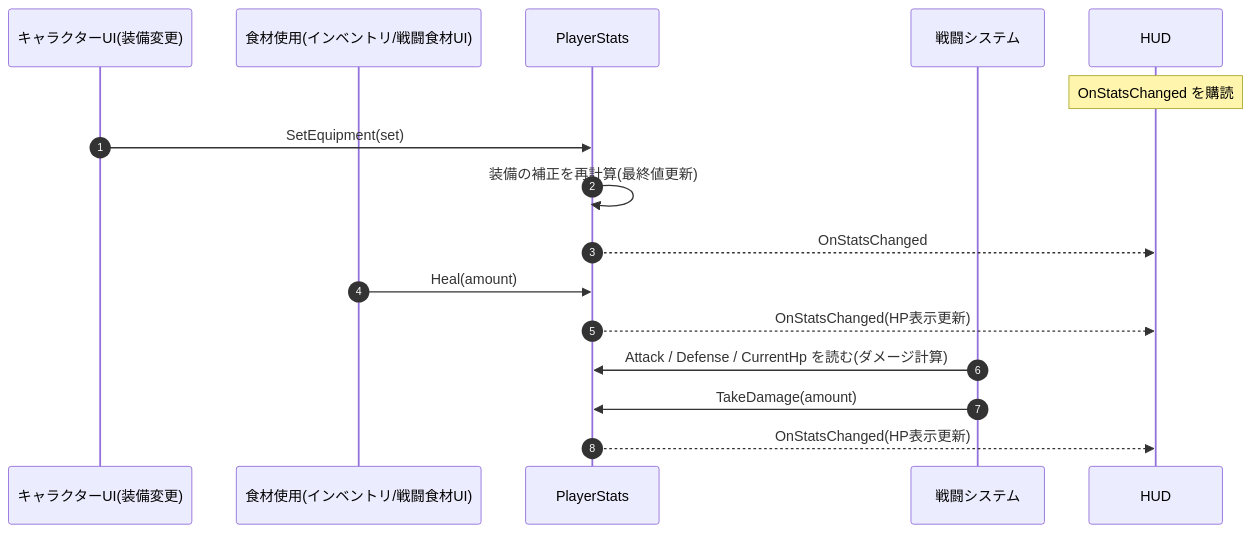
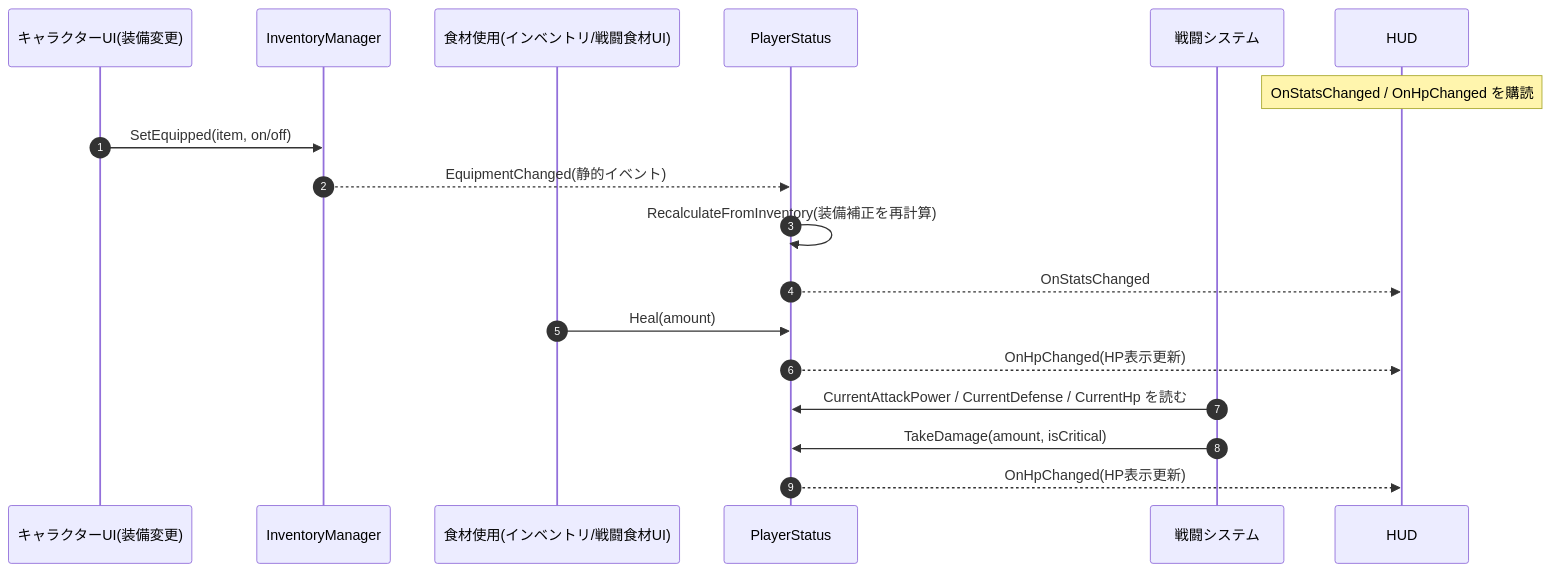
One commit to CreativeAI2026/documents changed the second of 2 diagrams in PlayerImplementation.md. Above: the diagram before and after it, drawn with Mermaid. The commit also changed other lines of this file, not shown here.

````diff
--- a/PlayerImplementation.md
+++ b/PlayerImplementation.md
@@ -38,19 +64,21 @@
 ```mermaid
 sequenceDiagram
     autonumber
     participant CU as キャラクターUI(装備変更)
+    participant INV as InventoryManager
     participant FOOD as 食材使用(インベントリ/戦闘食材UI)
-    participant PS as PlayerStats
+    participant PS as PlayerStatus
     participant BT as 戦闘システム
     participant HUD as HUD
 
-    Note over HUD: OnStatsChanged を購読
-    CU->>PS: SetEquipment(set)
-    PS->>PS: 装備の補正を再計算(最終値更新)
+    Note over HUD: OnStatsChanged / OnHpChanged を購読
+    CU->>INV: SetEquipped(item, on/off)
+    INV-->>PS: EquipmentChanged(静的イベント)
+    PS->>PS: RecalculateFromInventory(装備補正を再計算)
     PS-->>HUD: OnStatsChanged
     FOOD->>PS: Heal(amount)
-    PS-->>HUD: OnStatsChanged(HP表示更新)
-    BT->>PS: Attack / Defense / CurrentHp を読む(ダメージ計算)
-    BT->>PS: TakeDamage(amount)
-    PS-->>HUD: OnStatsChanged(HP表示更新)
+    PS-->>HUD: OnHpChanged(HP表示更新)
+    BT->>PS: CurrentAttackPower / CurrentDefense / CurrentHp を読む
+    BT->>PS: TakeDamage(amount, isCritical)
+    PS-->>HUD: OnHpChanged(HP表示更新)
 ```
````
